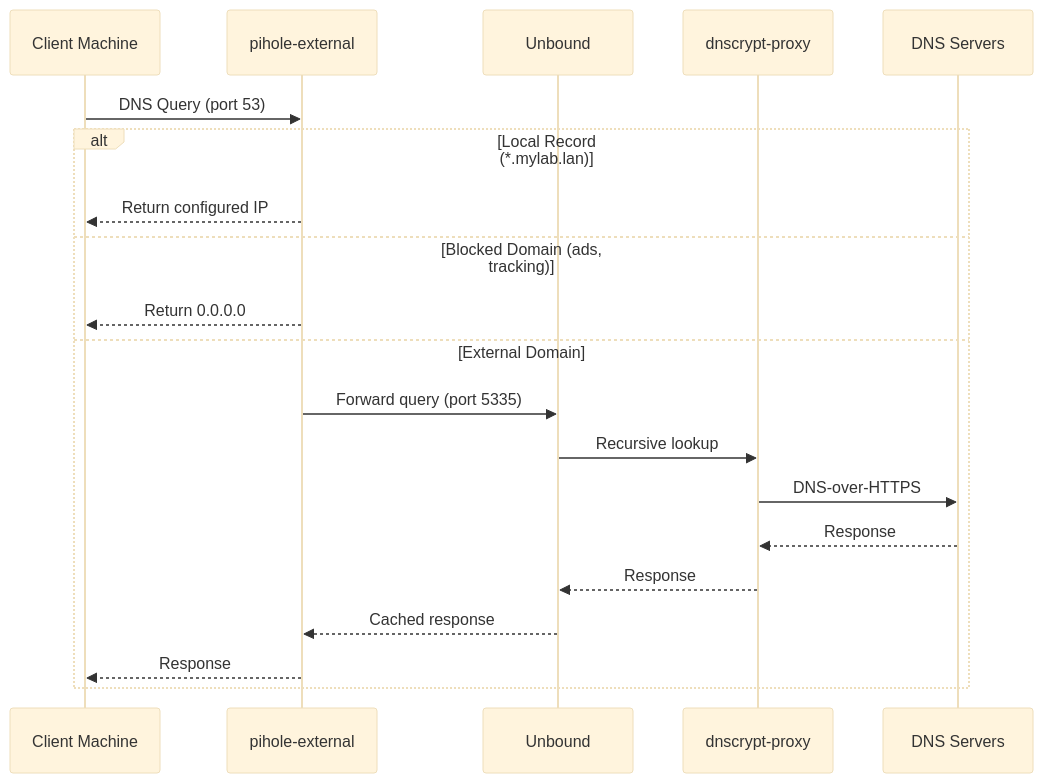
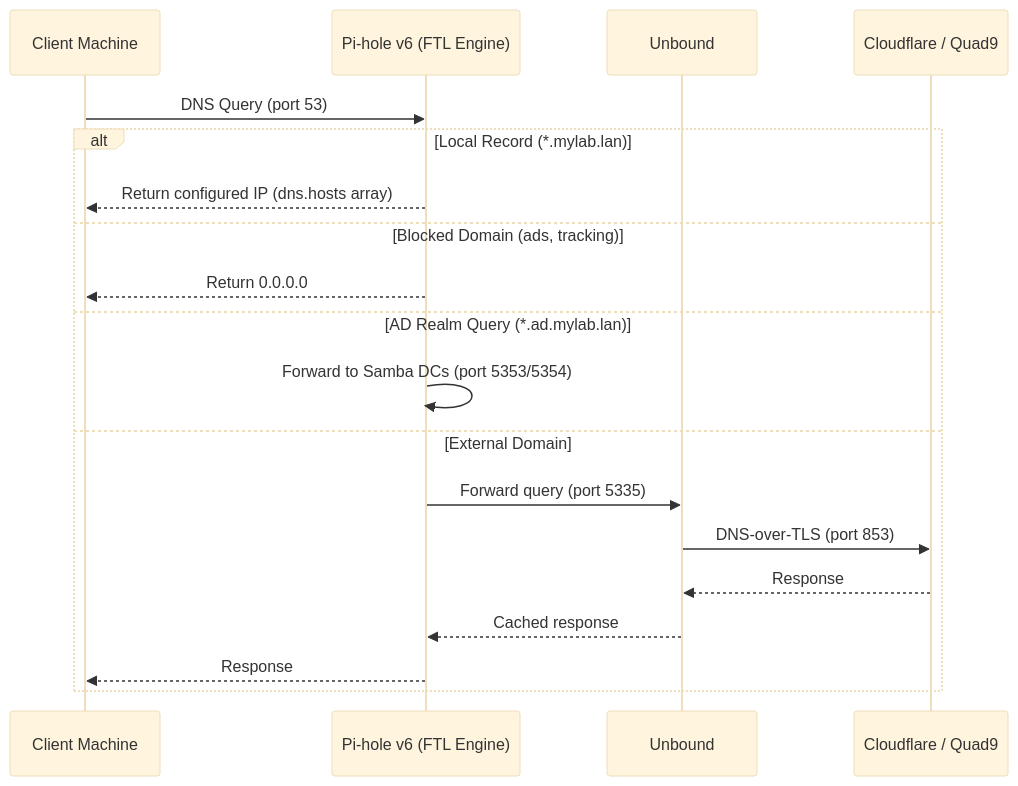
The second of 3 diagrams in docs/architecture/network-topology.md (jknyght9/proxmox-lab), drawn with Mermaid (base theme) before and after one commit. The commit also changed other lines of this file and 33 other files, not shown here.

First line of the commit message:
Rewrite documentation to reflect current Nomad-based architecture

````diff
--- a/docs/architecture/network-topology.md
+++ b/docs/architecture/network-topology.md
@@ -104,24 +128,23 @@
 ```mermaid
 sequenceDiagram
     participant Client as Client Machine
-    participant Pihole as pihole-external
+    participant Pihole as Pi-hole v6 (FTL Engine)
     participant Unbound as Unbound
-    participant DNSCrypt as dnscrypt-proxy
-    participant Internet as DNS Servers
+    participant Upstream as Cloudflare / Quad9
 
     Client->>Pihole: DNS Query (port 53)
 
     alt Local Record (*.mylab.lan)
-        Pihole-->>Client: Return configured IP
+        Pihole-->>Client: Return configured IP (dns.hosts array)
     else Blocked Domain (ads, tracking)
         Pihole-->>Client: Return 0.0.0.0
+    else AD Realm Query (*.ad.mylab.lan)
+        Pihole->>Pihole: Forward to Samba DCs (port 5353/5354)
     else External Domain
         Pihole->>Unbound: Forward query (port 5335)
-        Unbound->>DNSCrypt: Recursive lookup
-        DNSCrypt->>Internet: DNS-over-HTTPS
-        Internet-->>DNSCrypt: Response
-        DNSCrypt-->>Unbound: Response
+        Unbound->>Upstream: DNS-over-TLS (port 853)
+        Upstream-->>Unbound: Response
         Unbound-->>Pihole: Cached response
         Pihole-->>Client: Response
     end
 ```
````
